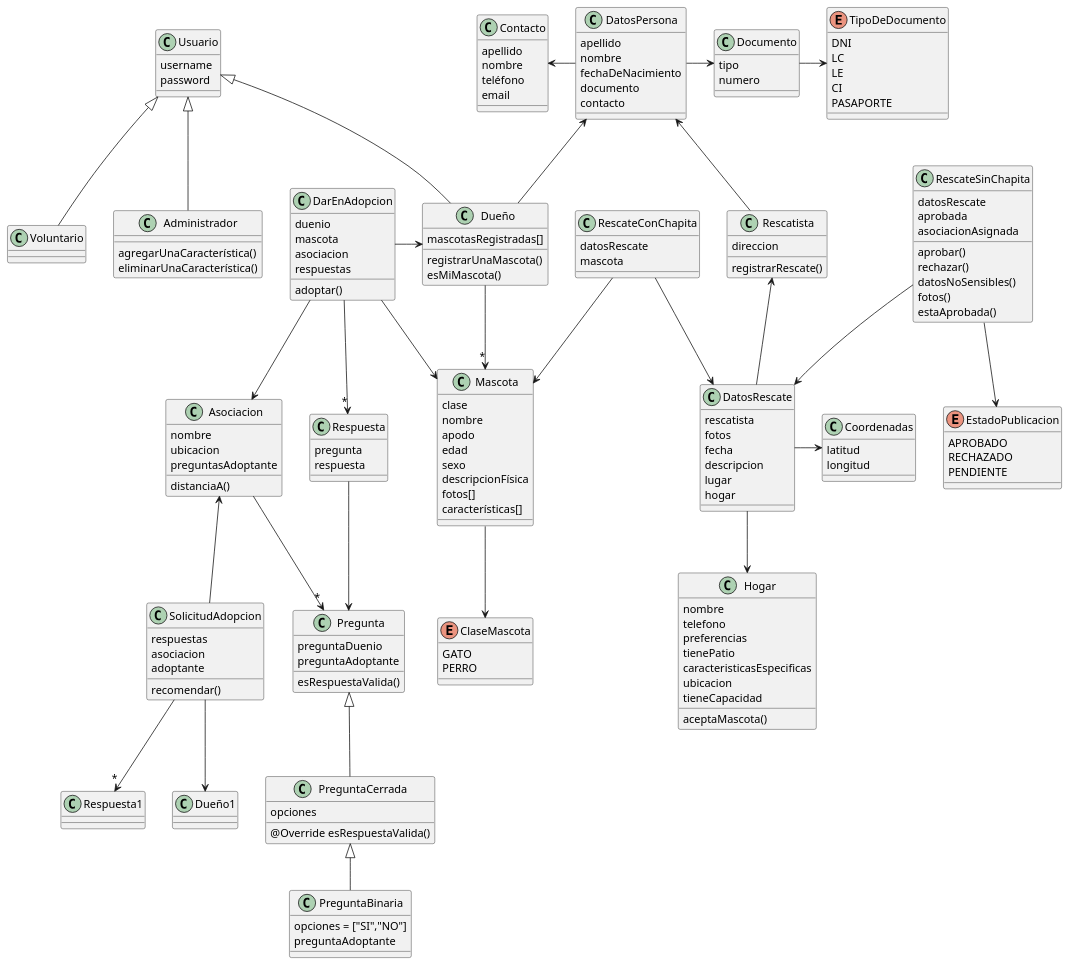
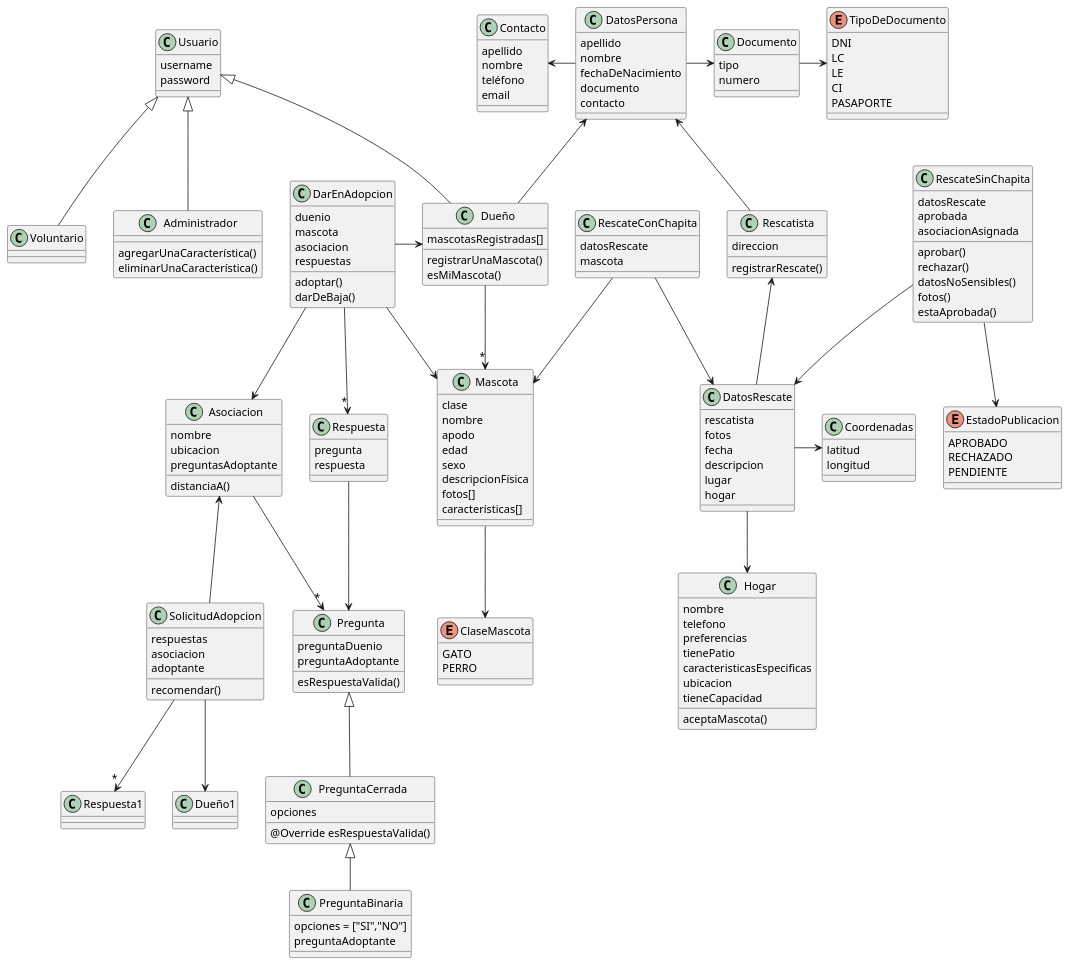
Before and after one commit to aleeherasimiuk/RescateDePatitas: the diagram in diagramas/dominio.plantuml, drawn with PlantUML. The commit also changed 3 other files, not shown here.

Commit message:
Se puede dar de baja una publicación de adopcion/solicitud

```diff
--- a/diagramas/dominio.plantuml
+++ b/diagramas/dominio.plantuml
@@ -151,6 +151,7 @@
   asociacion
   respuestas
   adoptar()
+  darDeBaja()
 }
 
 
```
